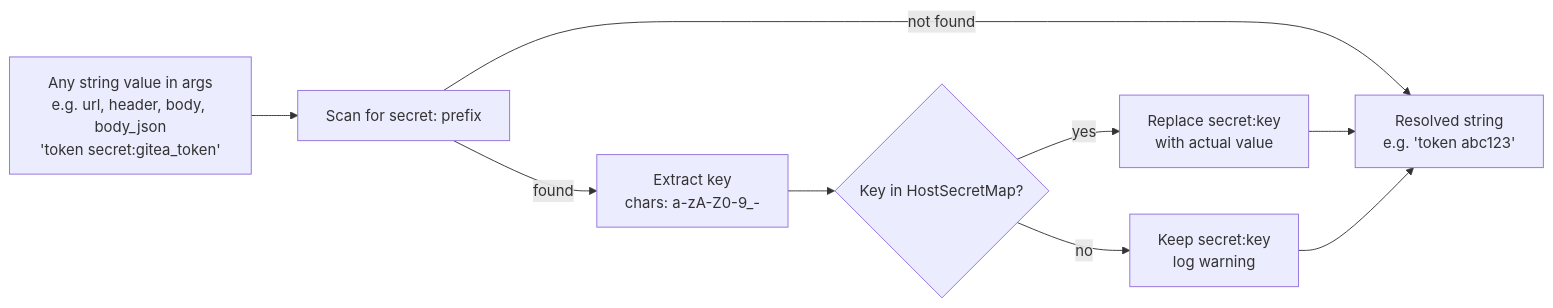
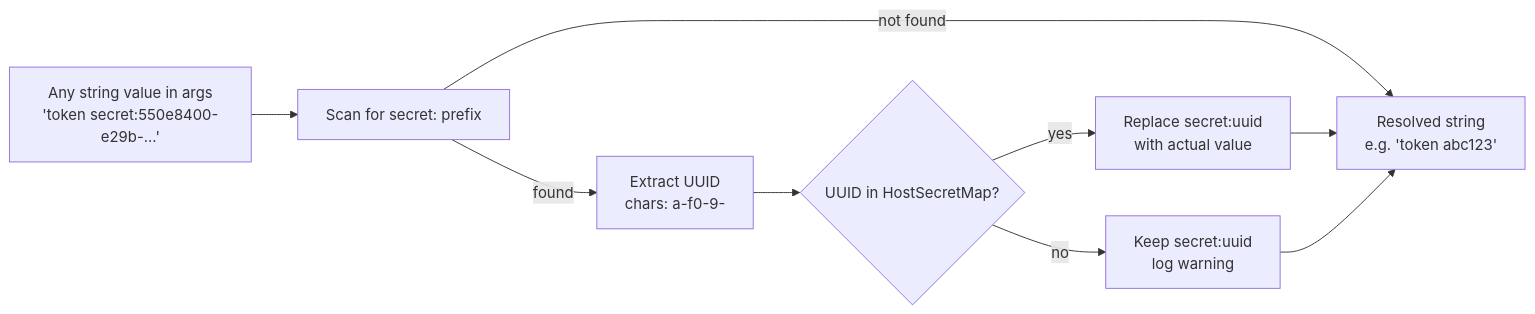
One commit to cosmoswafer/rockbot changed the fourth of 6 diagrams in _dfd/interception/secret-interception.md. Above: the diagram before and after it, drawn with Mermaid. The commit also changed other lines of this file and 1 other file, not shown here.

Commit message:
docs: update prompt inventory with corrected line numbers and UUID-based secret interception DFD

````diff
--- a/_dfd/interception/secret-interception.md
+++ b/_dfd/interception/secret-interception.md
@@ -109,19 +143,19 @@
 ```mermaid
 flowchart LR
-    INPUT["Any string value in args<br/>e.g. url, header, body, body_json<br/>'token secret:gitea_token'"]
+    INPUT["Any string value in args<br/>'token secret:550e8400-e29b-...'"]
     SCAN[Scan for secret: prefix]
-    EXTRACT["Extract key<br/>chars: a-zA-Z0-9_-"]
-    LOOKUP{Key in HostSecretMap?}
-    REPLACE["Replace secret:key<br/>with actual value"]
-    KEEP["Keep secret:key<br/>log warning"]
+    EXTRACT["Extract UUID<br/>chars: a-f0-9-"]
+    LOOKUP{UUID in HostSecretMap?}
+    REPLACE["Replace secret:uuid<br/>with actual value"]
+    KEEP["Keep secret:uuid<br/>log warning"]
     OUTPUT["Resolved string<br/>e.g. 'token abc123'"]
 
     INPUT --> SCAN
     SCAN -->|"found"| EXTRACT
     SCAN -->|"not found"| OUTPUT
     EXTRACT --> LOOKUP
     LOOKUP -->|"yes"| REPLACE
     LOOKUP -->|"no"| KEEP
     REPLACE --> OUTPUT
     KEEP --> OUTPUT
 ```
````
